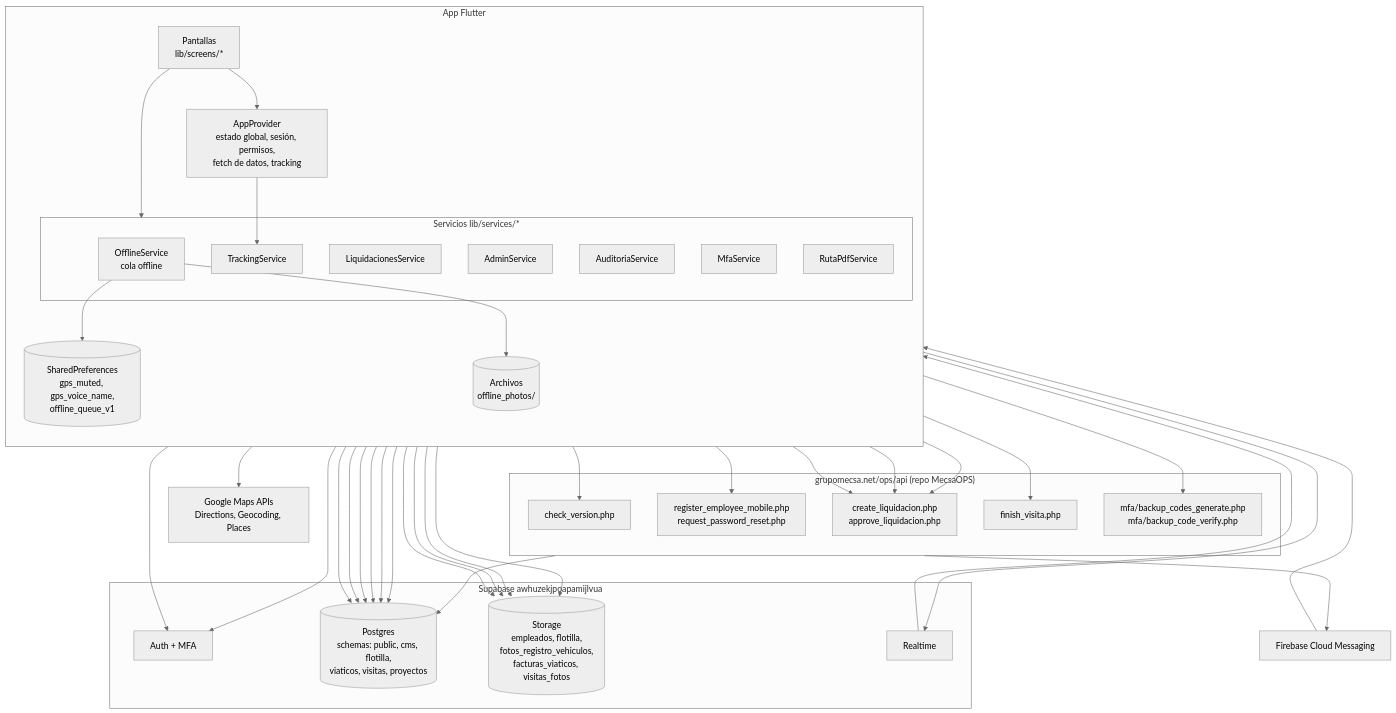
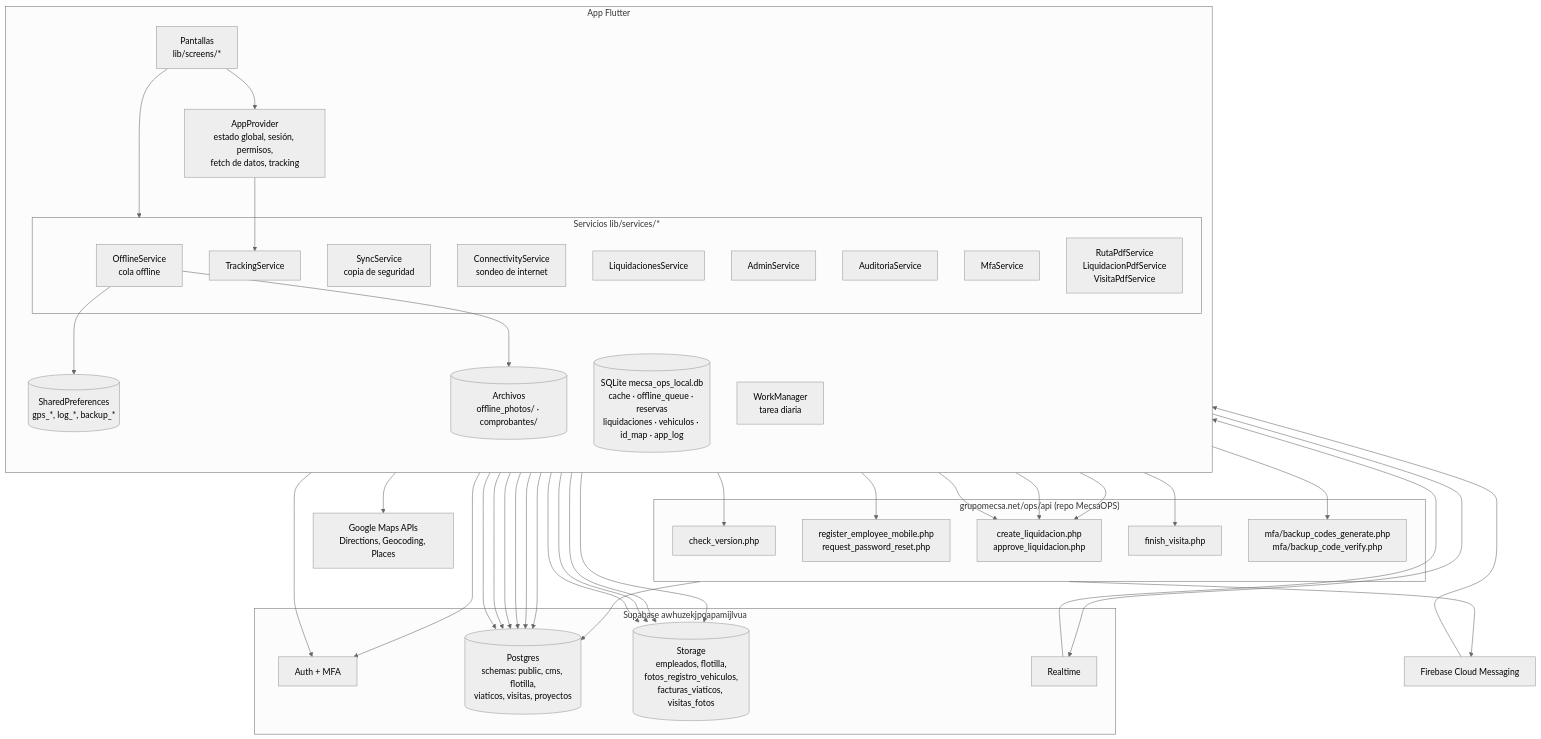
The first of 4 diagrams in docs/01-arquitectura.md (emmanueljarquin-sys/mecsa_ops_mobile), drawn with Mermaid (neutral theme) before and after one commit. The commit also changed other lines of this file and 23 other files, not shown here.

````diff
--- a/docs/01-arquitectura.md
+++ b/docs/01-arquitectura.md
@@ -27,68 +29,72 @@
 ```mermaid
 flowchart TB
     subgraph App["App Flutter"]
         direction TB
         Screens["Pantallas<br/>lib/screens/*"]
         Provider["AppProvider<br/>estado global, sesión, permisos,<br/>fetch de datos, tracking"]
         subgraph Services["Servicios lib/services/*"]
             Offline["OfflineService<br/>cola offline"]
+            Sync["SyncService<br/>copia de seguridad"]
+            Conn["ConnectivityService<br/>sondeo de internet"]
             Liq["LiquidacionesService"]
             Admin["AdminService"]
             Aud["AuditoriaService"]
             Mfa["MfaService"]
             Track["TrackingService"]
-            Pdf["RutaPdfService"]
+            Pdf["RutaPdfService<br/>LiquidacionPdfService<br/>VisitaPdfService"]
         end
-        Prefs[("SharedPreferences<br/>gps_muted, gps_voice_name,<br/>offline_queue_v1")]
-        FS[("Archivos<br/>offline_photos/")]
+        SQLite[("SQLite mecsa_ops_local.db<br/>cache · offline_queue · reservas<br/>liquidaciones · vehiculos · id_map · app_log")]
+        Prefs[("SharedPreferences<br/>gps_*, log_*, backup_*")]
+        FS[("Archivos<br/>offline_photos/ · comprobantes/")]
+        WM["WorkManager<br/>tarea diaria"]
     end
 
     subgraph Supabase["Supabase awhuzekjpoapamijlvua"]
         Auth["Auth + MFA"]
         DB[("Postgres<br/>schemas: public, cms, flotilla,<br/>viaticos, visitas, proyectos")]
         Storage[("Storage<br/>empleados, flotilla,<br/>fotos_registro_vehiculos,<br/>facturas_viaticos, visitas_fotos")]
         RT["Realtime"]
     end
 
     subgraph PHP["grupomecsa.net/ops/api  (repo MecsaOPS)"]
         E1["check_version.php"]
         E2["register_employee_mobile.php<br/>request_password_reset.php"]
         E3["create_liquidacion.php<br/>approve_liquidacion.php"]
         E4["finish_visita.php"]
         E5["mfa/backup_codes_generate.php<br/>mfa/backup_code_verify.php"]
     end
 
     Google["Google Maps APIs<br/>Directions, Geocoding, Places"]
     FCM["Firebase Cloud Messaging"]
 
     Screens --> Provider
     Screens --> Services
     Provider --> Auth
     Provider --> DB
     Provider --> Storage
     Provider --> RT
     Provider --> E1
     Provider --> E2
     Provider --> E4
     Provider --> Track
     Offline --> Prefs
     Offline --> FS
     Offline --> DB
     Offline --> Storage
     Offline --> E3
     Liq --> DB
     Liq --> Storage
     Liq --> E3
     Admin --> DB
     Admin --> E3
     Aud --> DB
     Aud --> Storage
     Mfa --> Auth
     Mfa --> E5
     Track --> DB
     Screens --> Google
     FCM --> Screens
     RT --> Provider
     PHP --> DB
     PHP --> FCM
 ```
````
